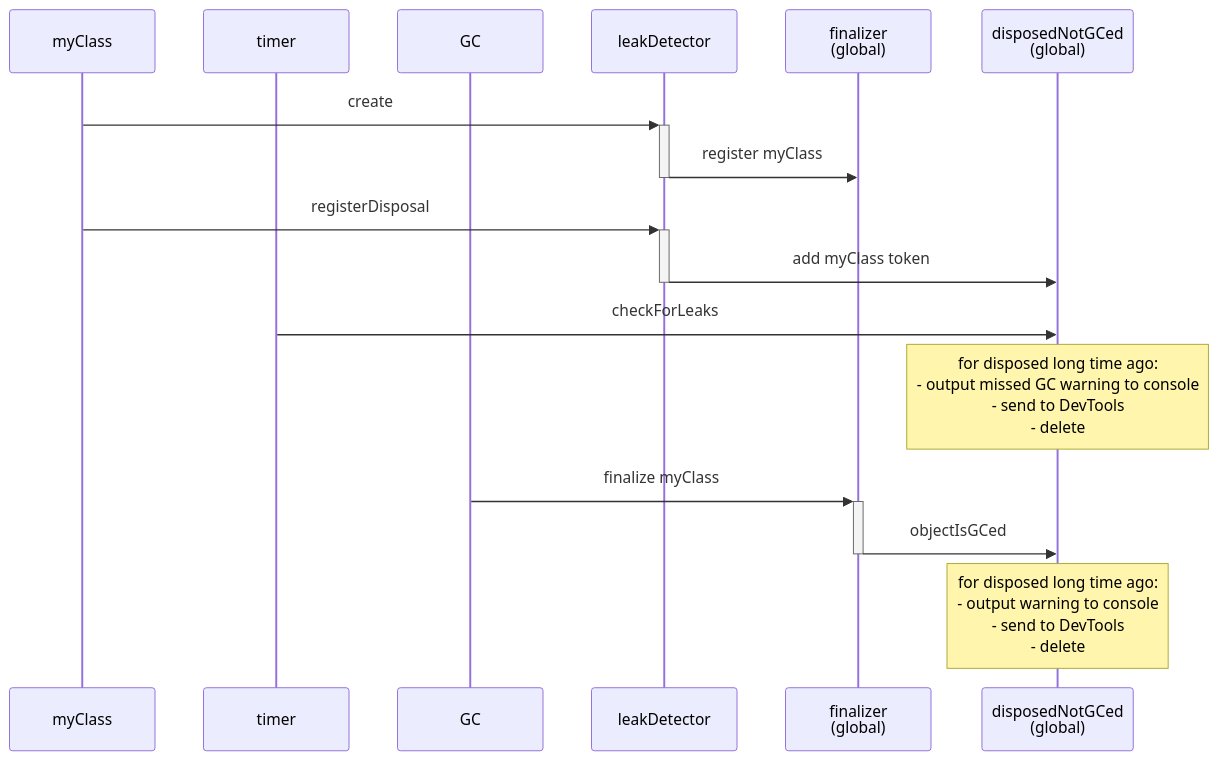
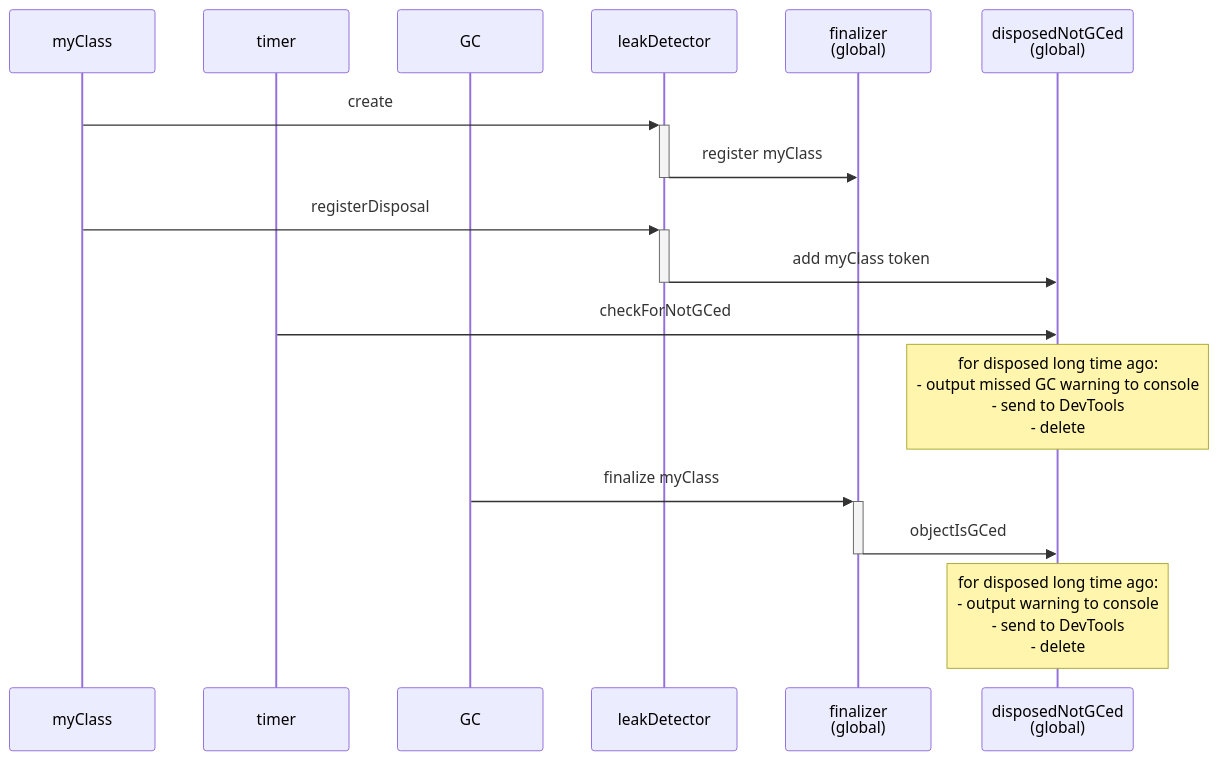
The diagram in dart-leaks/doc/leak_detection.md (polina-c/spikes), drawn with Mermaid before and after one commit.

````diff
--- a/dart-leaks/doc/leak_detection.md
+++ b/dart-leaks/doc/leak_detection.md
@@ -1,20 +1,20 @@
 ```mermaid
 sequenceDiagram
     participant myClass
     participant timer
     participant GC
     participant leakDetector
     participant finalizer as finalizer<br/>(global)
     participant disposedNotGCed as disposedNotGCed<br/>(global)
 
     myClass ->>+ leakDetector: create
     leakDetector ->>- finalizer: register myClass
     myClass ->>+ leakDetector: registerDisposal
     leakDetector ->>- disposedNotGCed: add myClass token
-    timer ->> disposedNotGCed: checkForLeaks
+    timer ->> disposedNotGCed: checkForNotGCed
     Note over disposedNotGCed: for disposed long time ago:<br/>- output missed GC warning to console<br/>- send to DevTools<br/>- delete
     GC ->>+ finalizer: finalize myClass
     finalizer ->>- disposedNotGCed: objectIsGCed
     Note over disposedNotGCed: for disposed long time ago:<br/>- output warning to console<br/>- send to DevTools<br/>- delete
     	 
 ```
````
